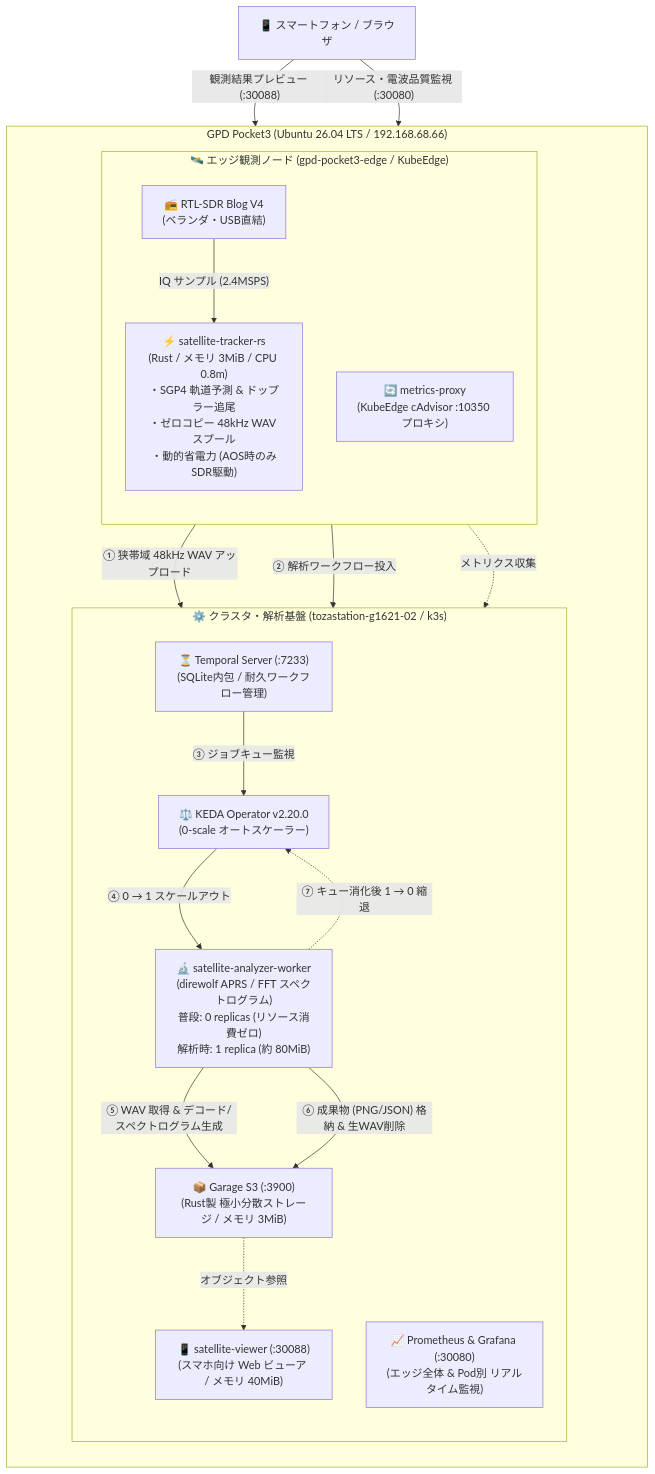
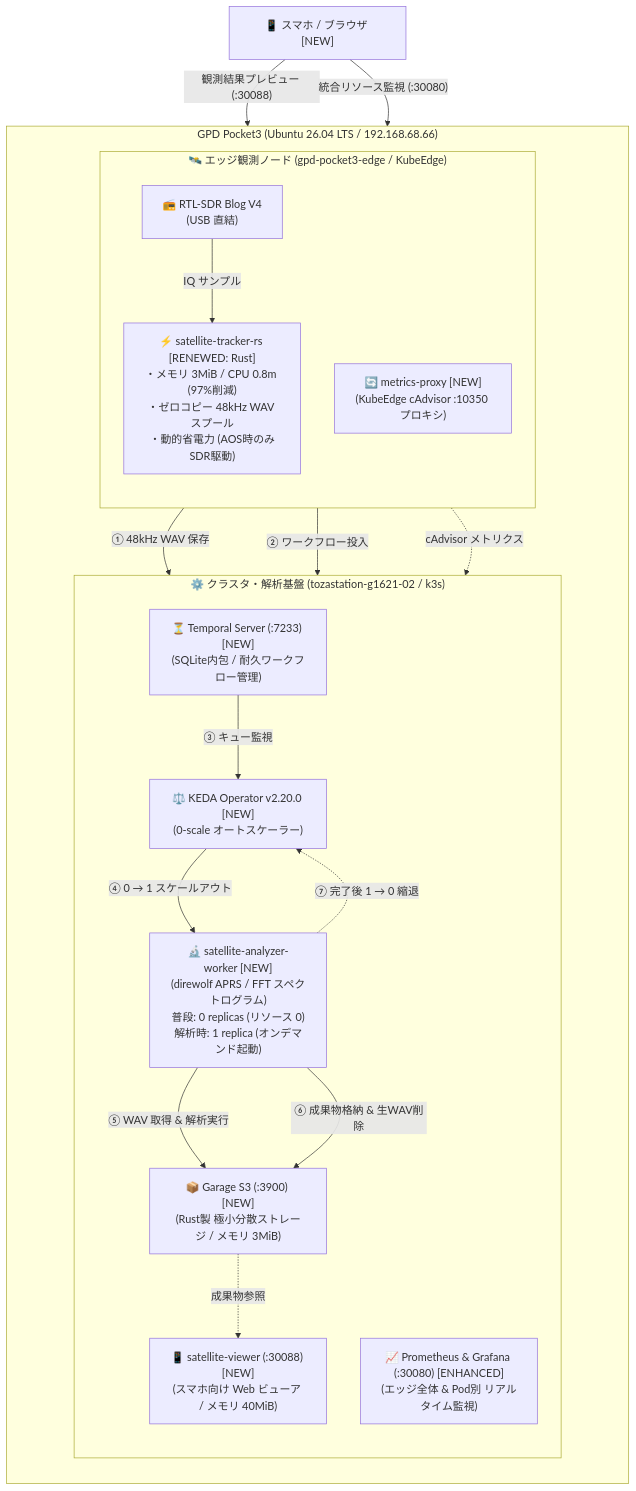
The second of 2 diagrams in docs/articles/qiita_kubeedge_pipeline.md (tozastation/radio-astronomy), drawn with Mermaid before and after one commit. The commit also changed other lines of this file, not shown here.

Commit message:
docs: Qiita第三弾記事に#2からの差分構成図と比較表を追加

````diff
--- a/docs/articles/qiita_kubeedge_pipeline.md
+++ b/docs/articles/qiita_kubeedge_pipeline.md
@@ -62,41 +94,41 @@
 ```mermaid
 flowchart TB
     subgraph Host["GPD Pocket3 (Ubuntu 26.04 LTS / 192.168.68.66)"]
         direction TB
 
         subgraph EdgeSide["🛰️ エッジ観測ノード (gpd-pocket3-edge / KubeEdge)"]
             direction TB
-            RTLSDR["📻 RTL-SDR Blog V4<br/>(ベランダ・USB直結)"]
-            Tracker["⚡ satellite-tracker-rs<br/>(Rust / メモリ 3MiB / CPU 0.8m)<br/>・SGP4 軌道予測 & ドップラー追尾<br/>・ゼロコピー 48kHz WAV スプール<br/>・動的省電力 (AOS時のみSDR駆動)"]
-            Proxy["🔄 metrics-proxy<br/>(KubeEdge cAdvisor :10350 プロキシ)"]
+            RTLSDR["📻 RTL-SDR Blog V4<br/>(USB 直結)"]
+            TrackerNew["⚡ satellite-tracker-rs [RENEWED: Rust]<br/>・メモリ 3MiB / CPU 0.8m (97%削減)<br/>・ゼロコピー 48kHz WAV スプール<br/>・動的省電力 (AOS時のみSDR駆動)"]
+            Proxy["🔄 metrics-proxy [NEW]<br/>(KubeEdge cAdvisor :10350 プロキシ)"]
 
-            RTLSDR -->|"IQ サンプル (2.4MSPS)"| Tracker
+            RTLSDR -->|"IQ サンプル"| TrackerNew
         end
 
         subgraph CloudSide["⚙️ クラスタ・解析基盤 (tozastation-g1621-02 / k3s)"]
             direction TB
-            Garage["📦 Garage S3 (:3900)<br/>(Rust製 極小分散ストレージ / メモリ 3MiB)"]
-            Temporal["⏳ Temporal Server (:7233)<br/>(SQLite内包 / 耐久ワークフロー管理)"]
-            KEDA["⚖️ KEDA Operator v2.20.0<br/>(0-scale オートスケーラー)"]
-            Worker["🔬 satellite-analyzer-worker<br/>(direwolf APRS / FFT スペクトログラム)<br/>普段: 0 replicas (リソース消費ゼロ)<br/>解析時: 1 replica (約 80MiB)"]
-            Viewer["📱 satellite-viewer (:30088)<br/>(スマホ向け Web ビューア / メモリ 40MiB)"]
+            Garage["📦 Garage S3 (:3900) [NEW]<br/>(Rust製 極小分散ストレージ / メモリ 3MiB)"]
+            Temporal["⏳ Temporal Server (:7233) [NEW]<br/>(SQLite内包 / 耐久ワークフロー管理)"]
+            KEDA["⚖️ KEDA Operator v2.20.0 [NEW]<br/>(0-scale オートスケーラー)"]
+            Worker["🔬 satellite-analyzer-worker [NEW]<br/>(direwolf APRS / FFT スペクトログラム)<br/>普段: 0 replicas (リソース 0)<br/>解析時: 1 replica (オンデマンド起動)"]
+            Viewer["📱 satellite-viewer (:30088) [NEW]<br/>(スマホ向け Web ビューア / メモリ 40MiB)"]
 
-            Prometheus["📈 Prometheus & Grafana (:30080)<br/>(エッジ全体 & Pod別 リアルタイム監視)"]
+            Prometheus["📈 Prometheus & Grafana (:30080) [ENHANCED]<br/>(エッジ全体 & Pod別 リアルタイム監視)"]
 
-            Tracker -->|"① 狭帯域 48kHz WAV アップロード"| Garage
-            Tracker -->|"② 解析ワークフロー投入"| Temporal
-            Temporal -->|"③ ジョブキュー監視"| KEDA
+            TrackerNew -->|"① 48kHz WAV 保存"| Garage
+            TrackerNew -->|"② ワークフロー投入"| Temporal
+            Temporal -->|"③ キュー監視"| KEDA
             KEDA -->|"④ 0 → 1 スケールアウト"| Worker
-            Worker -->|"⑤ WAV 取得 & デコード/スペクトログラム生成"| Garage
-            Worker -->|"⑥ 成果物 (PNG/JSON) 格納 & 生WAV削除"| Garage
-            Worker -.->|"⑦ キュー消化後 1 → 0 縮退"| KEDA
+            Worker -->|"⑤ WAV 取得 & 解析実行"| Garage
+            Worker -->|"⑥ 成果物格納 & 生WAV削除"| Garage
+            Worker -.->|"⑦ 完了後 1 → 0 縮退"| KEDA
 
-            Proxy -.->|"メトリクス収集"| Prometheus
-            Garage -.->|"オブジェクト参照"| Viewer
+            Proxy -.->|"cAdvisor メトリクス"| Prometheus
+            Garage -.->|"成果物参照"| Viewer
         end
     end
 
-    UserPhone["📱 スマートフォン / ブラウザ"]
+    UserPhone["📱 スマホ / ブラウザ [NEW]"]
     UserPhone -->|"観測結果プレビュー (:30088)"| Viewer
-    UserPhone -->|"リソース・電波品質監視 (:30080)"| Prometheus
+    UserPhone -->|"統合リソース監視 (:30080)"| Prometheus
 ```
````
